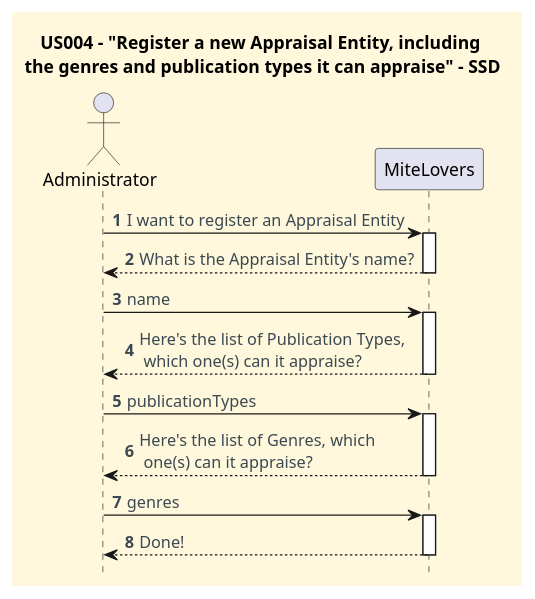
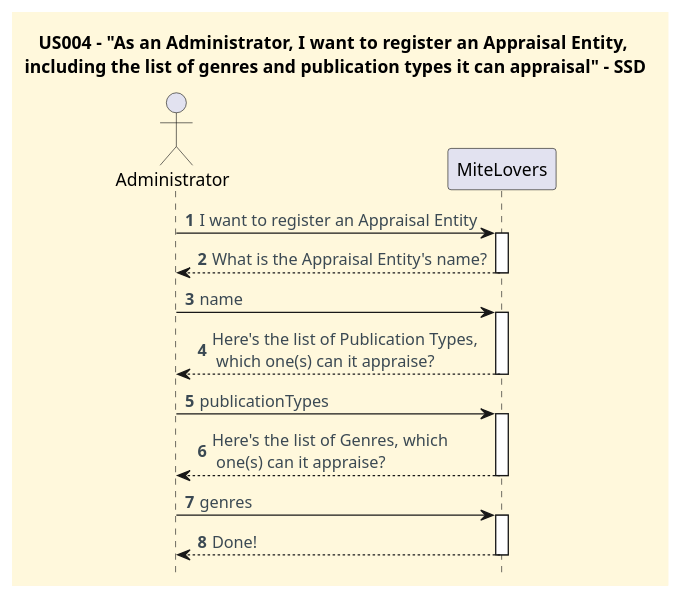
One commit to CarolinaLeite-collab/JavaMarketplacePlatform changed the diagram in docs/user-stories/US004/US004_register_new_appraisal_entity_SSD.puml. Above: the diagram before and after it, drawn with PlantUML. The commit also changed 2 other files, not shown here.

Commit message:
fix: corrected SD and CD diagrams for US004 and US005 following pull request review by @mffcosta16 and @rafaelar27, refs #426 #521 #521

```diff
--- a/docs/user-stories/US004/US004_register_new_appraisal_entity_SSD.puml
+++ b/docs/user-stories/US004/US004_register_new_appraisal_entity_SSD.puml
@@ -1,39 +1,39 @@
 @startuml
-title US004 - "Register a new Appraisal Entity, including \nthe genres and publication types it can appraise" - SSD
+title US004 - "As an Administrator, I want to register an Appraisal Entity, \nincluding the list of genres and publication types it can appraisal" - SSD
 hidefootbox
 
 '==== basic style ====
 skinparam monochrome false
 skinparam shadowing false
 skinparam defaultFontName Futura
 skinparam objectFontSize 20
 skinparam backgroundColor CornSilk
 skinparam objectBackgroundColor WhiteSmoke
 skinparam noteBackgroundColor #FFFFE0
 skinparam ArrowFontColor #3B4953
 skinparam ActivationBackgroundColor black
 
 autonumber
 
 
 actor Administrator
 participant "MiteLovers" as System
 
 Administrator -> System: I want to register an Appraisal Entity
 activate System
 System --> Administrator: What is the Appraisal Entity's name?
 deactivate System
 Administrator -> System: name
 activate System
 System --> Administrator: Here's the list of Publication Types, \n which one(s) can it appraise?
 deactivate System
 Administrator -> System: publicationTypes
 activate System
 System --> Administrator: Here's the list of Genres, which \n one(s) can it appraise?
 deactivate System
 Administrator -> System: genres
 activate System
 System --> Administrator: Done!
 deactivate System
 
 @enduml
```
